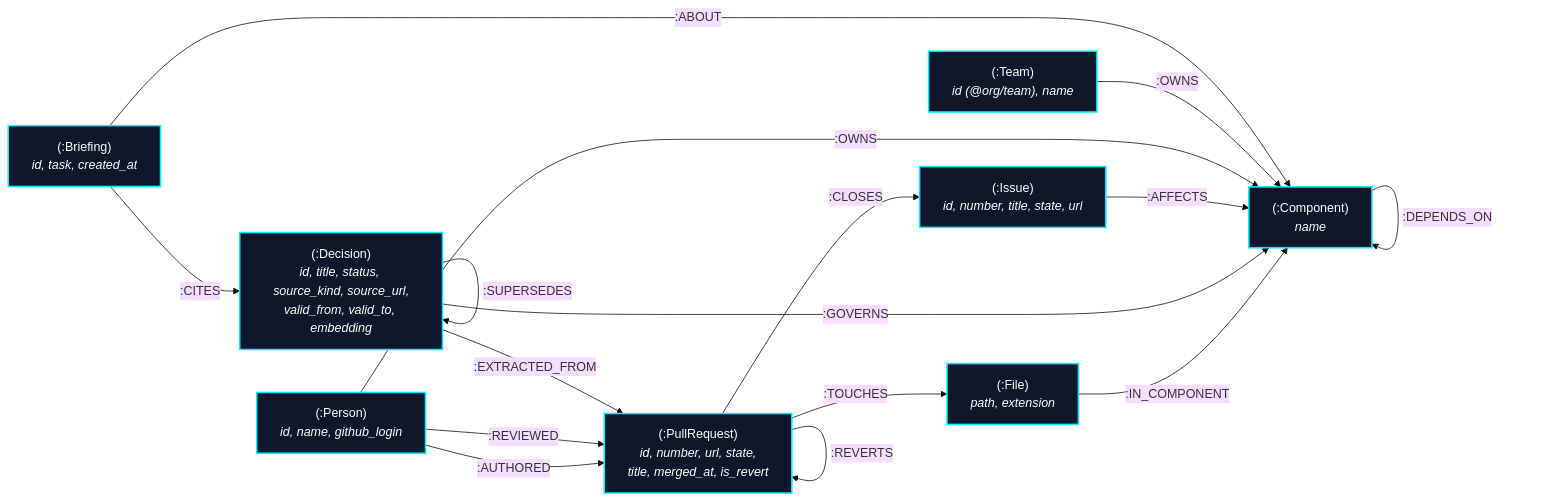
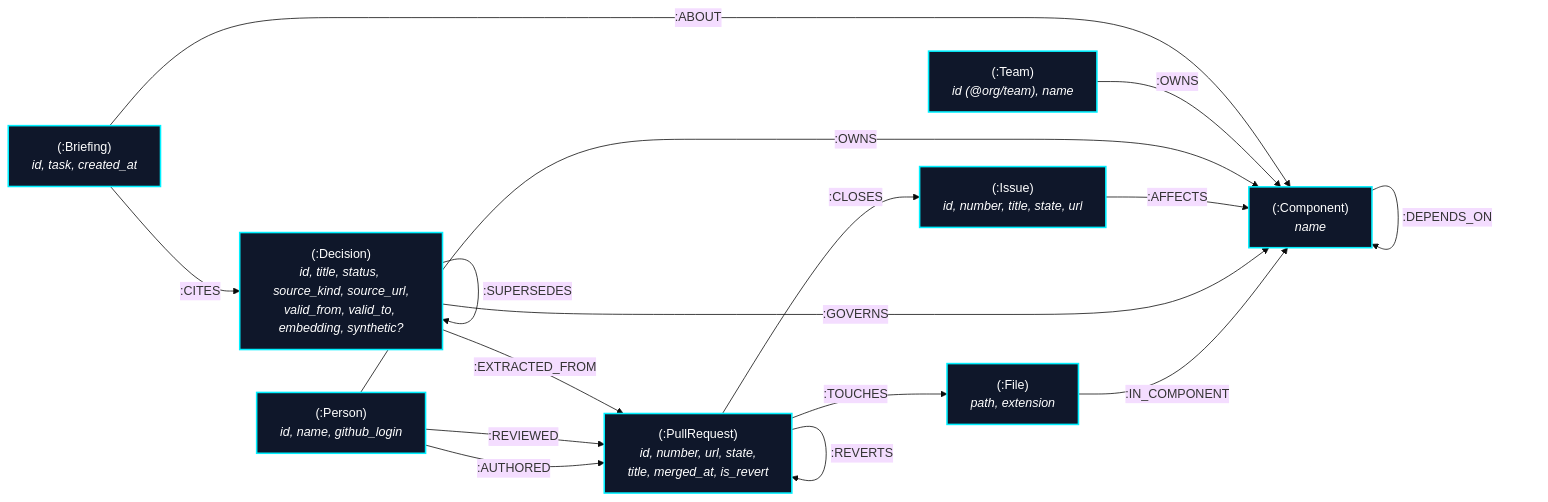
The second of 2 diagrams in README.md (Zephyrxx0/argon), drawn with Mermaid (base theme) before and after one commit. The commit also changed other lines of this file and 2 other files, not shown here.

Commit message:
docs: update README, TODO roadmap, and lockfile

````diff
--- a/README.md
+++ b/README.md
@@ -139,30 +140,30 @@
 ```mermaid
 graph LR
     classDef nodeStyle fill:#0f172a,stroke:#00f0ff,stroke-width:2px,color:#fff;
     classDef edgeStyle stroke:#ffb800,stroke-width:1px,color:#ffb800;
 
     Person["(:Person)<br/><i>id, name, github_login</i>"]:::nodeStyle
     Team["(:Team)<br/><i>id (@org/team), name</i>"]:::nodeStyle
     PR["(:PullRequest)<br/><i>id, number, url, state,<br/>title, merged_at, is_revert</i>"]:::nodeStyle
     Issue["(:Issue)<br/><i>id, number, title, state, url</i>"]:::nodeStyle
     File["(:File)<br/><i>path, extension</i>"]:::nodeStyle
     Component["(:Component)<br/><i>name</i>"]:::nodeStyle
-    Decision["(:Decision)<br/><i>id, title, status, source_kind, source_url,<br/>valid_from, valid_to, embedding</i>"]:::nodeStyle
+    Decision["(:Decision)<br/><i>id, title, status, source_kind, source_url,<br/>valid_from, valid_to, embedding, synthetic?</i>"]:::nodeStyle
     Briefing["(:Briefing)<br/><i>id, task, created_at</i>"]:::nodeStyle
 
     Person -->|:AUTHORED| PR
     Person -->|:REVIEWED| PR
     PR -->|:TOUCHES| File
     PR -->|:REVERTS| PR
     File -->|:IN_COMPONENT| Component
     Component -->|:DEPENDS_ON| Component
     Decision -->|:GOVERNS| Component
     Decision -->|:SUPERSEDES| Decision
     Decision -->|:EXTRACTED_FROM| PR
     PR -->|:CLOSES| Issue
     Issue -->|:AFFECTS| Component
     Person -->|:OWNS| Component
     Team -->|:OWNS| Component
     Briefing -->|:CITES| Decision
     Briefing -->|:ABOUT| Component
 ```
````
